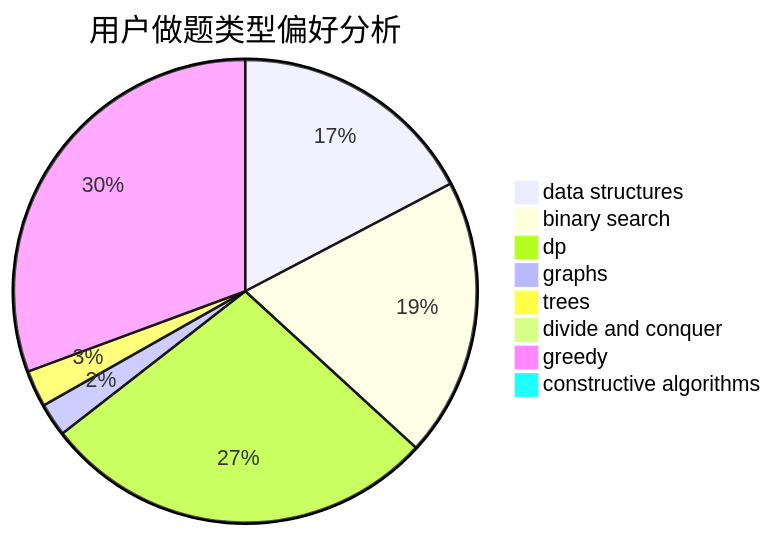
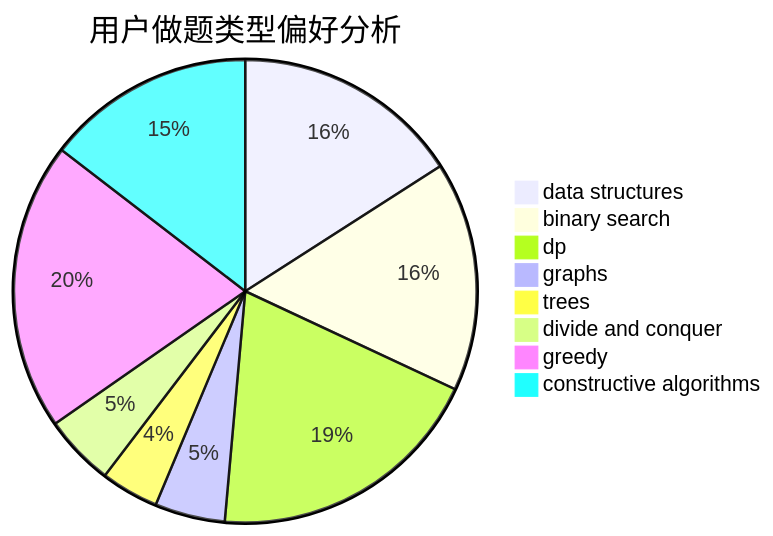
Before and after one commit to sherpahu/cfrs.github.io: the second of 3 diagrams in docs/user/u77.md, drawn with Mermaid. The commit also changed other lines of this file and 2770 other files, not shown here.

````diff
--- a/docs/user/u77.md
+++ b/docs/user/u77.md
@@ -23,11 +23,11 @@
 ```mermaid
 pie title 用户做题类型偏好分析
-    "data structures" :  216
-    "binary search" :  243
-    "dp" :  345
-    "graphs" :  29
-    "trees" :  32
-    "divide and conquer" :  5
-    "greedy" :  382
-    "constructive algorithms" :  10
+    "data structures" :  315
+    "binary search" :  317
+    "dp" :  385
+    "graphs" :  97
+    "trees" :  80
+    "divide and conquer" :  98
+    "greedy" :  398
+    "constructive algorithms" :  288
 ```
````
